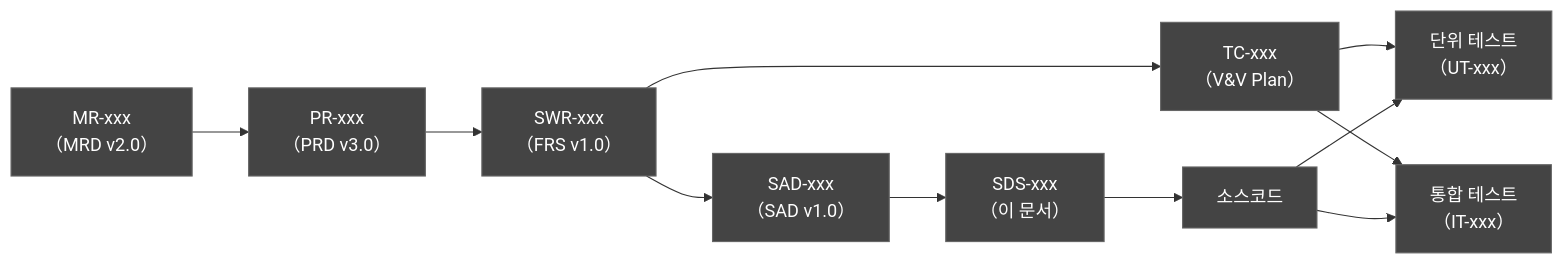
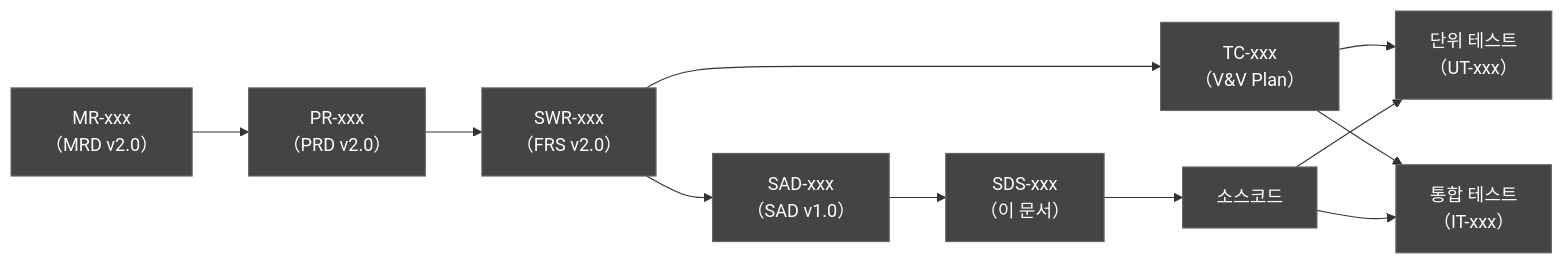
One commit to holee9/console-gui changed diagram 23 of 23 in docs/planning/DOC-007_SDS_v1.0.md. Above: the diagram before and after it, drawn with Mermaid. The commit also changed other lines of this file and 11 other files, not shown here.

````diff
--- a/docs/planning/DOC-007_SDS_v1.0.md
+++ b/docs/planning/DOC-007_SDS_v1.0.md
@@ -2191,28 +2191,28 @@
 ```mermaid
 flowchart LR
     MR["MR-xxx\n（MRD v2.0）"]
-    PR["PR-xxx\n（PRD v3.0）"]
-    SWR["SWR-xxx\n（FRS v1.0）"]
+    PR["PR-xxx\n（PRD v2.0）"]
+    SWR["SWR-xxx\n（FRS v2.0）"]
     SAD["SAD-xxx\n（SAD v1.0）"]
     SDS["SDS-xxx\n（이 문서）"]
     CODE["소스코드"]
     UT["단위 테스트\n（UT-xxx）"]
     IT["통합 테스트\n（IT-xxx）"]
     TC["TC-xxx\n（V&V Plan）"]
 
     MR --> PR
     PR --> SWR
     SWR --> SAD
     SAD --> SDS
     SDS --> CODE
     SWR --> TC
     TC --> UT
     TC --> IT
     CODE --> UT
     CODE --> IT
 
     classDef default fill:#444,stroke:#666,color:#fff
     style SDS fill:#444,color:#fff
     style MR fill:#444,color:#fff
     style SWR fill:#444,color:#fff
 ```
````
